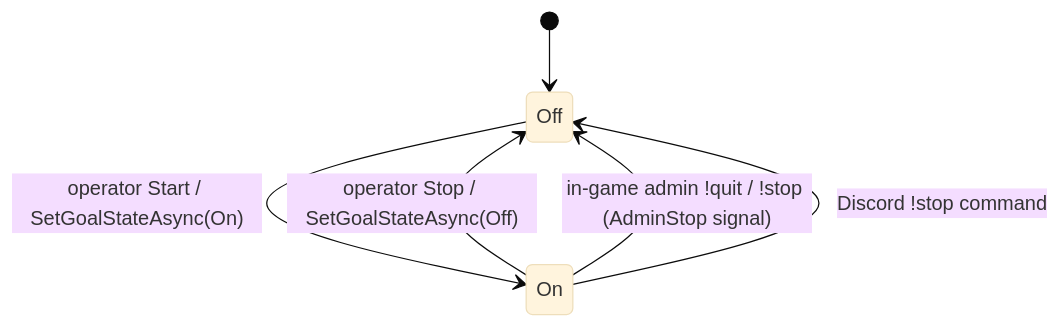
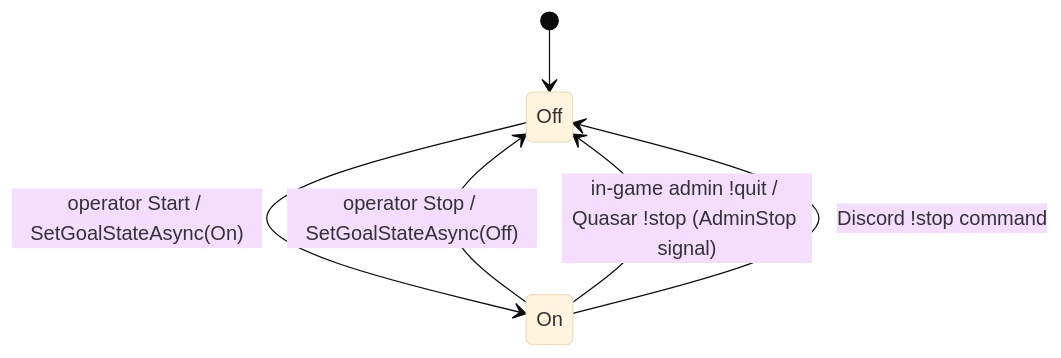
Before and after one commit to CometWorks/quasar: the first of 3 diagrams in Docs/StateMachines/DedicatedServerLifecycle.md, drawn with Mermaid (base theme). The commit also changed other lines of this file and 19 other files, not shown here.

````diff
--- a/Docs/StateMachines/DedicatedServerLifecycle.md
+++ b/Docs/StateMachines/DedicatedServerLifecycle.md
@@ -28,8 +29,8 @@
 ```mermaid
 stateDiagram-v2
     [*] --> Off
     Off --> On: operator Start / SetGoalStateAsync(On)
     On --> Off: operator Stop / SetGoalStateAsync(Off)
-    On --> Off: in-game admin !quit / !stop (AdminStop signal)
+    On --> Off: in-game admin !quit / Quasar !stop (AdminStop signal)
     On --> Off: Discord !stop command
 ```
````
